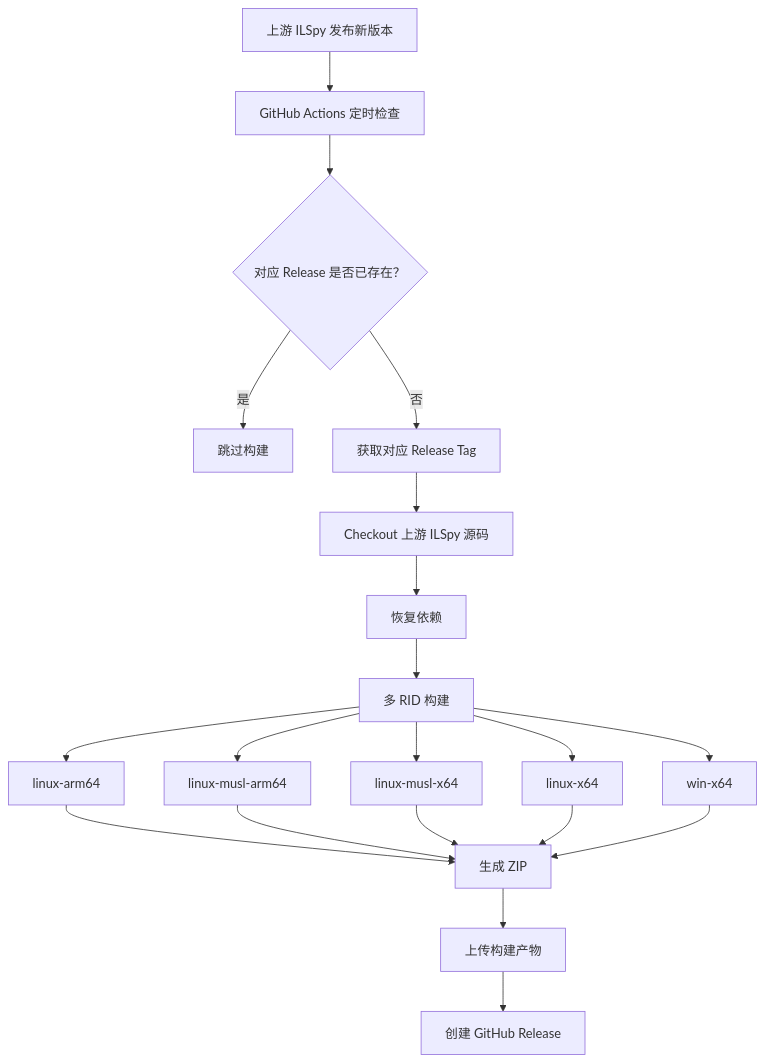
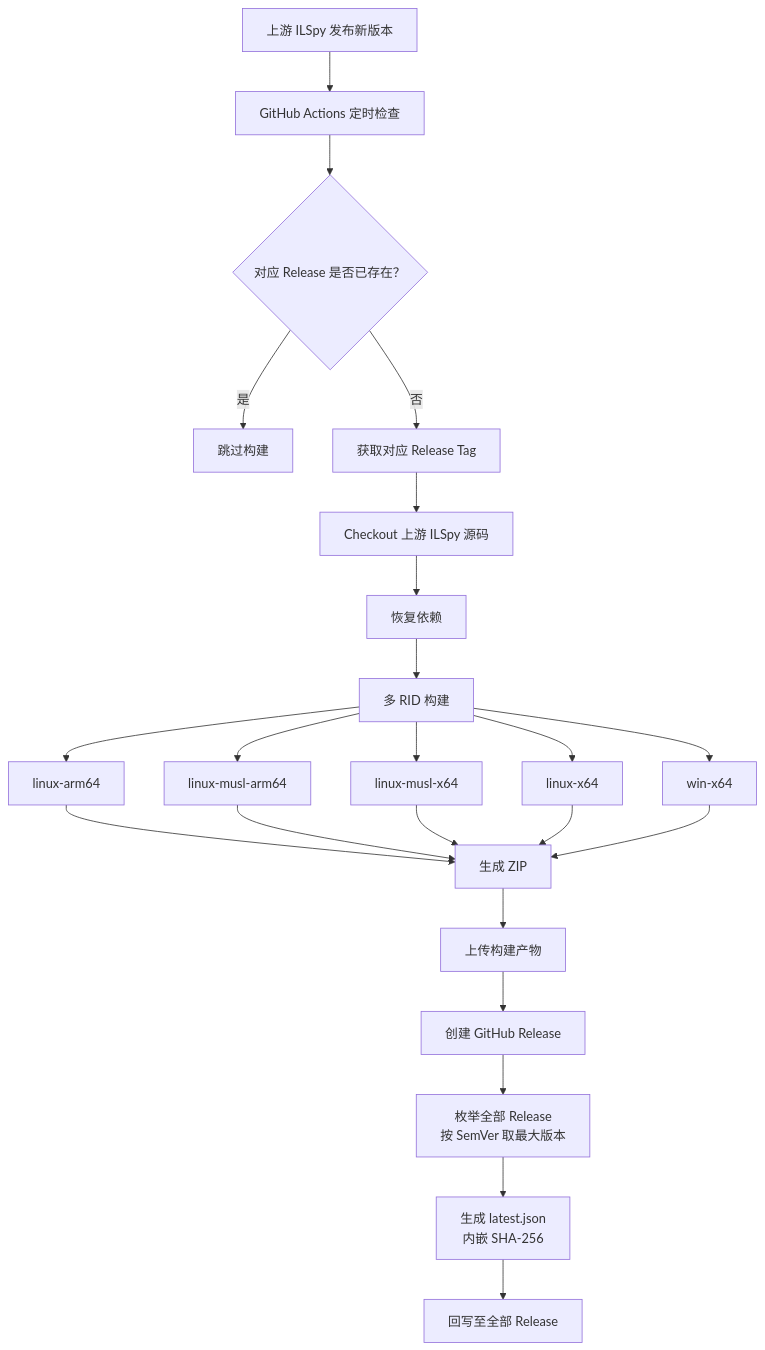
Before and after one commit to taozhiyu/ILSpy-Binaries: the second of 2 diagrams in README.zh.md, drawn with Mermaid. The commit also changed other lines of this file and 4 other files, not shown here.

First line of the commit message:
feat(latest.json): 引入 SemVer 解析的版本清单 + 内嵌 GPL 许可全文

````diff
--- a/README.zh.md
+++ b/README.zh.md
@@ -137,27 +199,30 @@
 ```mermaid
 flowchart TD
     A["上游 ILSpy 发布新版本"] --> B["GitHub Actions 定时检查"]
     B --> C{"对应 Release 是否已存在？"}
 
     C -->|是| D["跳过构建"]
     C -->|否| E["获取对应 Release Tag"]
 
     E --> F["Checkout 上游 ILSpy 源码"]
     F --> G["恢复依赖"]
     G --> H["多 RID 构建"]
 
     H --> I["linux-arm64"]
     H --> J["linux-musl-arm64"]
     H --> K["linux-musl-x64"]
     H --> L["linux-x64"]
     H --> M["win-x64"]
 
     I --> N["生成 ZIP"]
     J --> N
     K --> N
     L --> N
     M --> N
 
     N --> O["上传构建产物"]
     O --> P["创建 GitHub Release"]
+    P --> Q["枚举全部 Release<br/>按 SemVer 取最大版本"]
+    Q --> R["生成 latest.json<br/>内嵌 SHA-256"]
+    R --> S["回写至全部 Release"]
 ```
````
